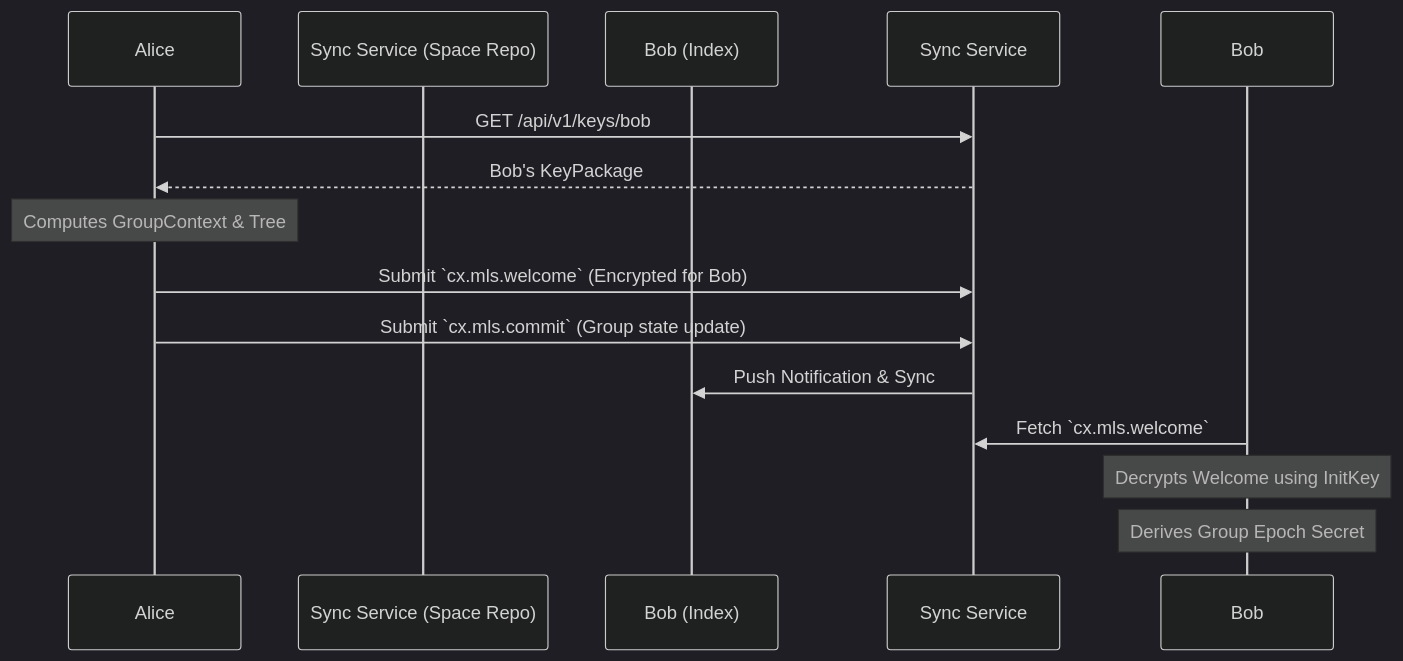
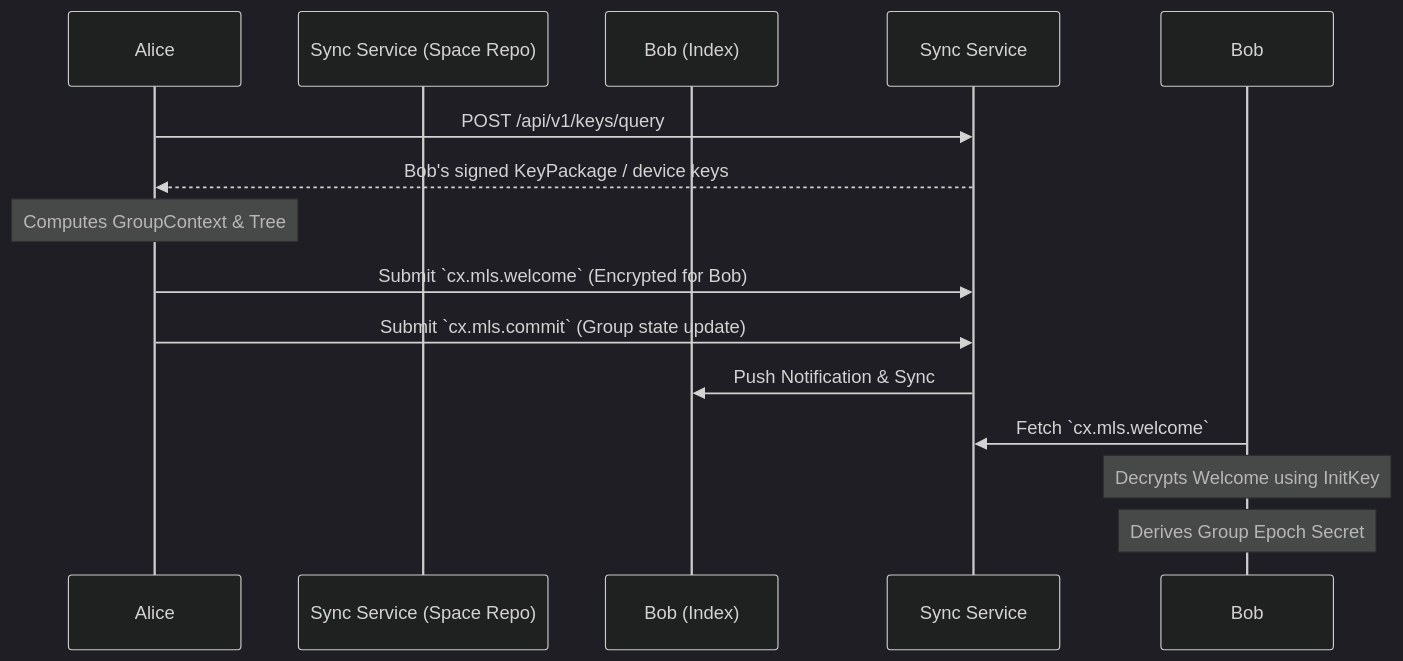
One commit to arkret-org/arkret-spec changed the diagram in zh/crypto-media/encryption-and-audit.md. Above: the diagram before and after it, drawn with Mermaid (dark theme). The commit also changed 37 other files, not shown here.

````diff
--- a/zh/crypto-media/encryption-and-audit.md
+++ b/zh/crypto-media/encryption-and-audit.md
@@ -25,20 +25,20 @@
 ```mermaid
 sequenceDiagram
     participant Alice
     participant Sync Service (Space Repo)
     participant Bob (Index)
 
-    Alice->>Sync Service: GET /api/v1/keys/bob
-    Sync Service-->>Alice: Bob's KeyPackage
+    Alice->>Sync Service: POST /api/v1/keys/query
+    Sync Service-->>Alice: Bob's signed KeyPackage / device keys
     
     note over Alice: Computes GroupContext & Tree
     
     Alice->>Sync Service: Submit `cx.mls.welcome` (Encrypted for Bob)
     Alice->>Sync Service: Submit `cx.mls.commit` (Group state update)
     
     Sync Service->>Bob (Index): Push Notification & Sync
     
     Bob->>Sync Service: Fetch `cx.mls.welcome`
     note over Bob: Decrypts Welcome using InitKey
     note over Bob: Derives Group Epoch Secret
 ```
````
